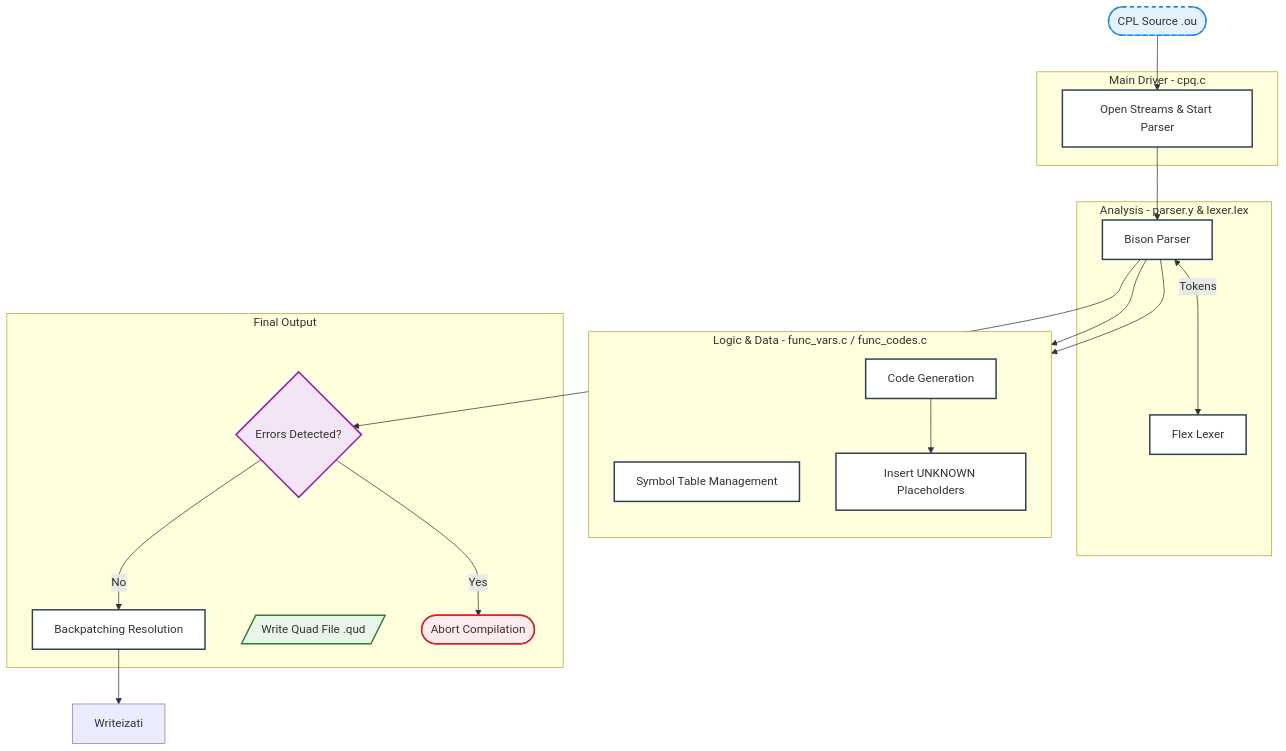
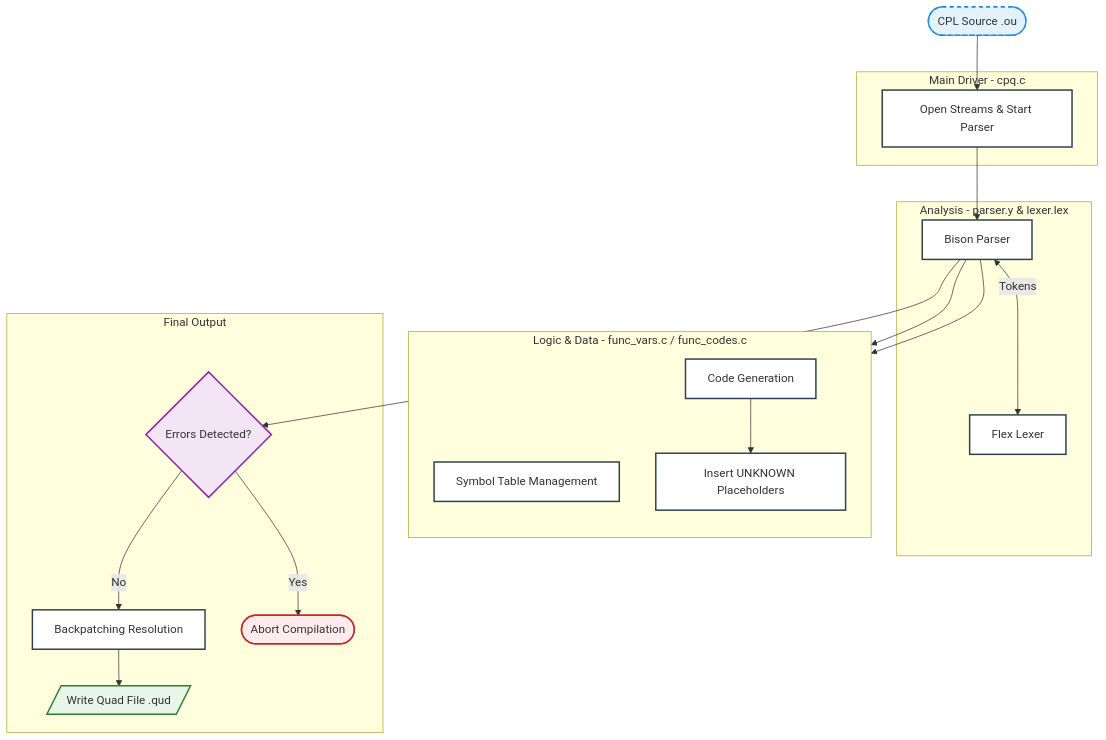
The second of 4 diagrams in README.md (noy-daya/c-compiler-overview), drawn with Mermaid before and after one commit. The commit also changed other lines of this file, not shown here.

````diff
--- a/README.md
+++ b/README.md
@@ -68,45 +68,45 @@
 ```mermaid
 flowchart TD
     %% Styles
     classDef file fill:#e3f2fd,stroke:#1e88e5,stroke-width:2px,stroke-dasharray: 5 5;
     classDef logic fill:#ffffff,stroke:#2c3e50,stroke-width:2px;
     classDef decision fill:#f3e5f5,stroke:#8e24aa,stroke-width:2px;
     classDef success fill:#e8f5e9,stroke:#2e7d32,stroke-width:2px;
     classDef failure fill:#ffebee,stroke:#c62828,stroke-width:2px;
 
     Source([CPL Source .ou]):::file --> Driver
 
     subgraph Driver_Section [Main Driver - cpq.c]
         Driver[Open Streams & Start Parser]:::logic
     end
 
     subgraph Frontend [Analysis - parser.y & lexer.lex]
         Parser[Bison Parser]:::logic
         Lexer[Flex Lexer]:::logic
         Parser <-->|Tokens| Lexer
     end
     Driver --> Parser
 
     subgraph Logic_Layers [Logic & Data - func_vars.c / func_codes.c]
         direction TB
         SymTab[Symbol Table Management]:::logic
         CodeGen[Code Generation]:::logic
         Markers[Insert UNKNOWN Placeholders]:::logic
     end
 
     Parser --> SymTab
     Parser --> CodeGen
     CodeGen --> Markers
 
     subgraph Finalon [Final Output]
         ErrorCheck{Errors Detected?}:::decision
         Backpatch[Backpatching Resolution]:::logic
         Write[/Write Quad File .qud/]:::success
         Abort([Abort Compilation]):::failure
     end
 
     Parser --> ErrorCheck
     ErrorCheck -->|No| Backpatch
     ErrorCheck -->|Yes| Abort
-    Backpatch --> Writeizati
+    Backpatch --> Write
 ```
````
